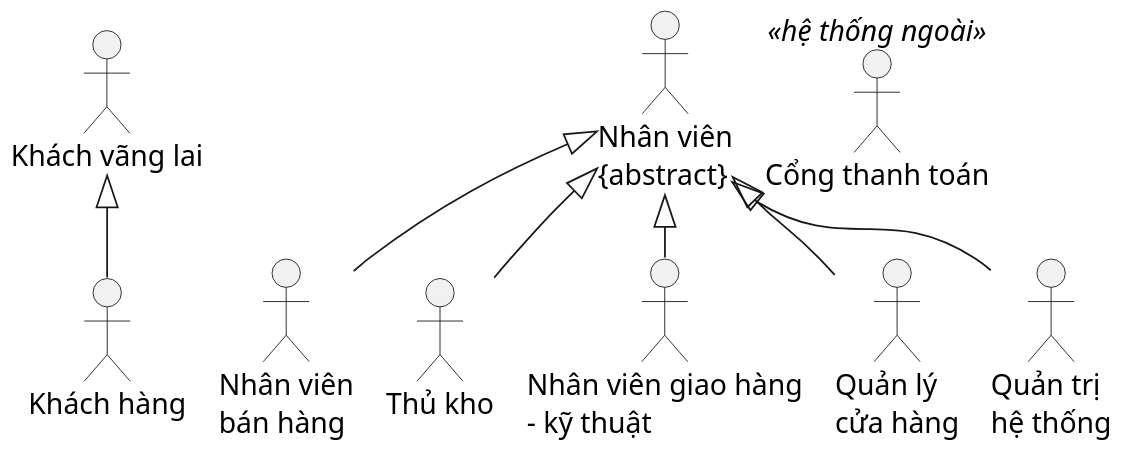
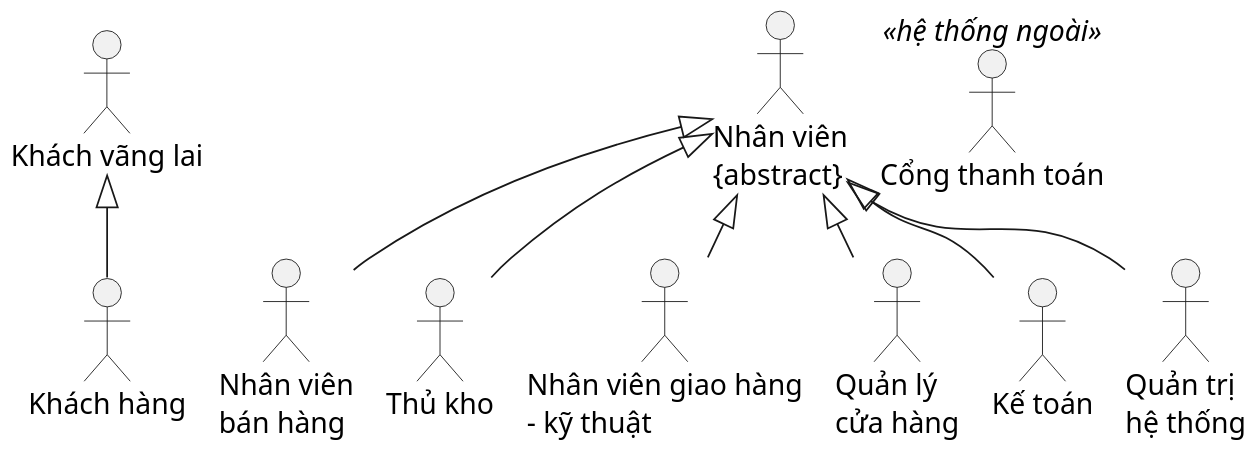
One commit to kietpham2309pt-debug/da_pttkhttt changed the diagram in phan-tich/chung/so-do/tac-nhan-he-thong.puml. Above: the diagram before and after it, drawn with PlantUML. The commit also changed 288 other files, not shown here.

```diff
--- a/phan-tich/chung/so-do/tac-nhan-he-thong.puml
+++ b/phan-tich/chung/so-do/tac-nhan-he-thong.puml
@@ -1,25 +1,27 @@
 @startuml tac-nhan-he-thong
 !pragma layout smetana
 skinparam defaultFontName "Times New Roman"
 skinparam defaultFontSize 16
 skinparam monochrome true
 skinparam shadowing false
 skinparam dpi 170
 
 actor "Khách vãng lai" as KVL
 actor "Khách hàng" as KH
 actor "Nhân viên\n{abstract}" as NV
 actor "Nhân viên\nbán hàng" as NVBH
 actor "Thủ kho" as TK
 actor "Nhân viên giao hàng\n– kỹ thuật" as NVGH
 actor "Quản lý\ncửa hàng" as QL
+actor "Kế toán" as KT
 actor "Quản trị\nhệ thống" as QTHT
 actor "Cổng thanh toán" as CTT <<hệ thống ngoài>>
 
 KH -up-|> KVL
 NVBH -up-|> NV
 TK -up-|> NV
 NVGH -up-|> NV
 QL -up-|> NV
+KT -up-|> NV
 QTHT -up-|> NV
 @enduml
```
